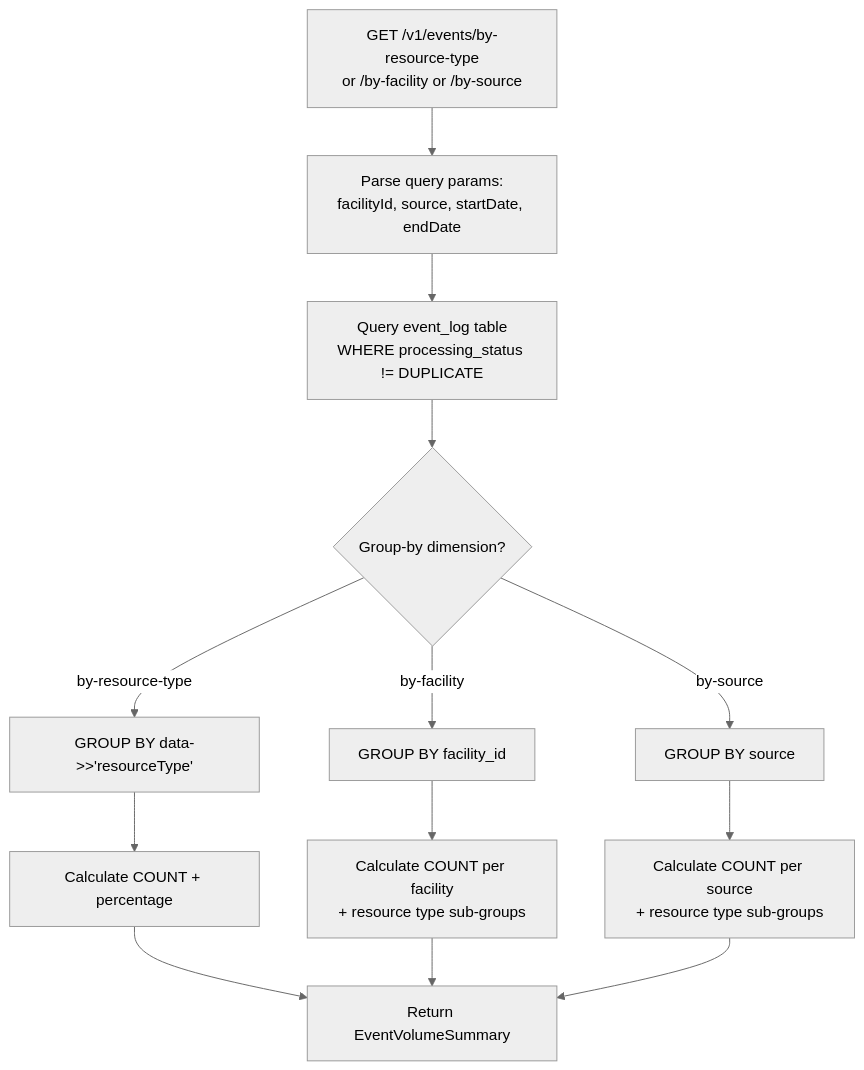
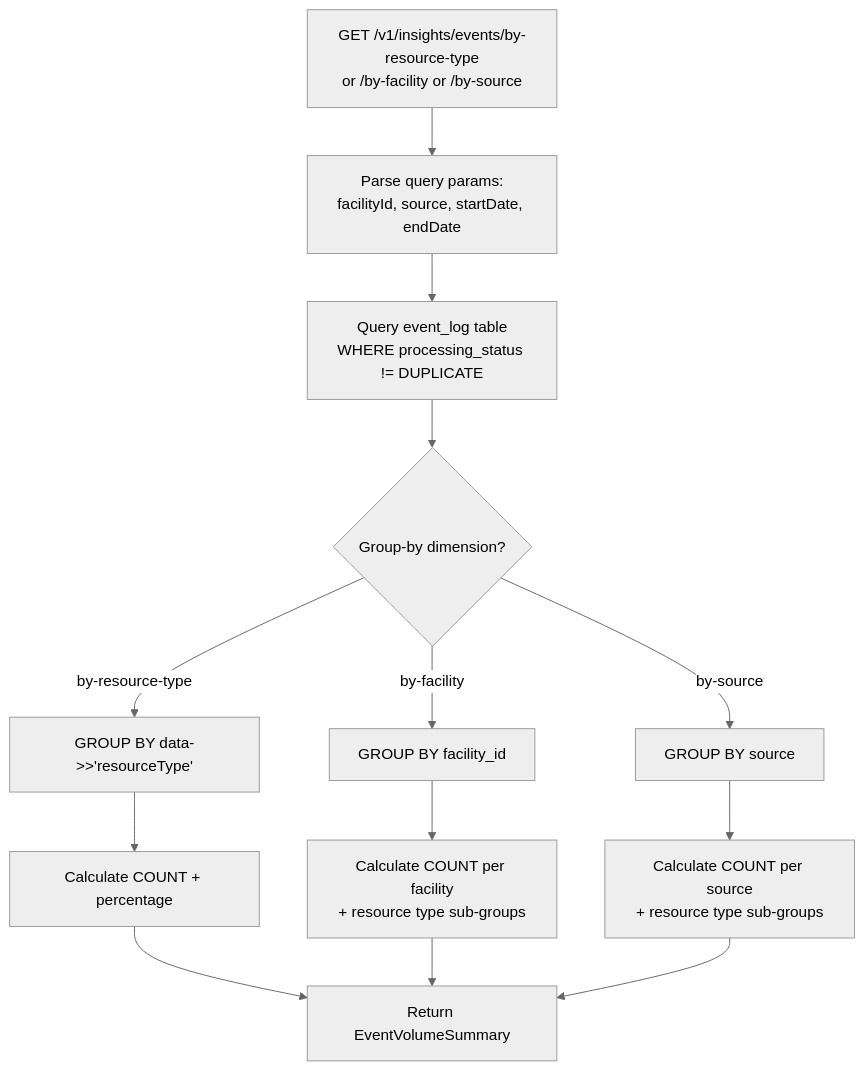
The seventh of 27 diagrams in docs/flow-diagrams.md (AjishaVayoli-Tarento/cce-insights-service), drawn with Mermaid (neutral theme) before and after one commit. The commit also changed other lines of this file and 27 other files, not shown here.

````diff
--- a/docs/flow-diagrams.md
+++ b/docs/flow-diagrams.md
@@ -143,18 +143,18 @@
 ```mermaid
 flowchart TD
-    A[GET /v1/events/by-resource-type<br/>or /by-facility or /by-source] --> B[Parse query params:<br/>facilityId, source, startDate, endDate]
+    A[GET /v1/insights/events/by-resource-type<br/>or /by-facility or /by-source] --> B[Parse query params:<br/>facilityId, source, startDate, endDate]
     B --> C[Query event_log table<br/>WHERE processing_status != DUPLICATE]
 
     C --> D{Group-by dimension?}
     D -- by-resource-type --> E["GROUP BY data->>'resourceType'"]
     D -- by-facility --> F[GROUP BY facility_id]
     D -- by-source --> G[GROUP BY source]
 
     E --> H[Calculate COUNT + percentage]
     F --> I[Calculate COUNT per facility<br/>+ resource type sub-groups]
     G --> J[Calculate COUNT per source<br/>+ resource type sub-groups]
 
     H --> K[Return EventVolumeSummary]
     I --> K
     J --> K
 ```
````
